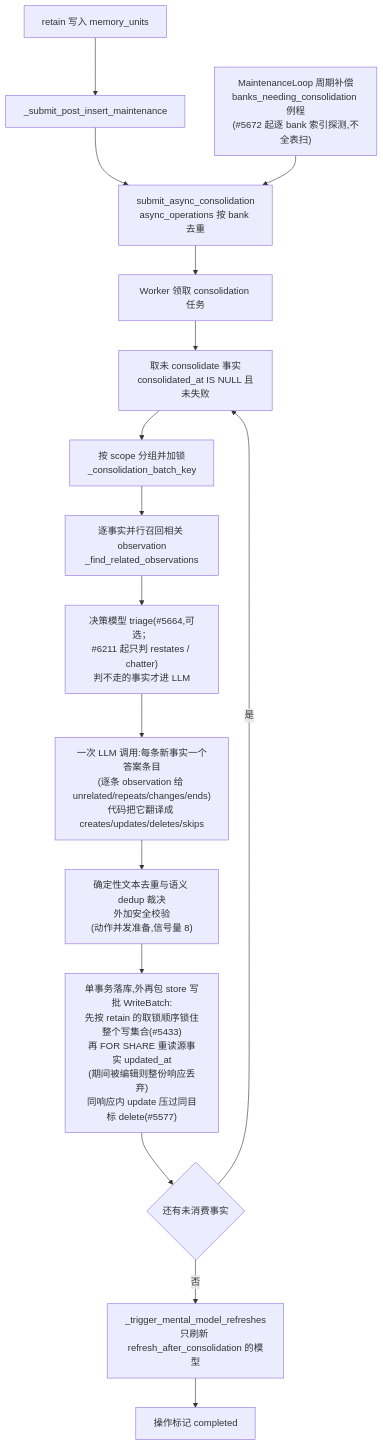
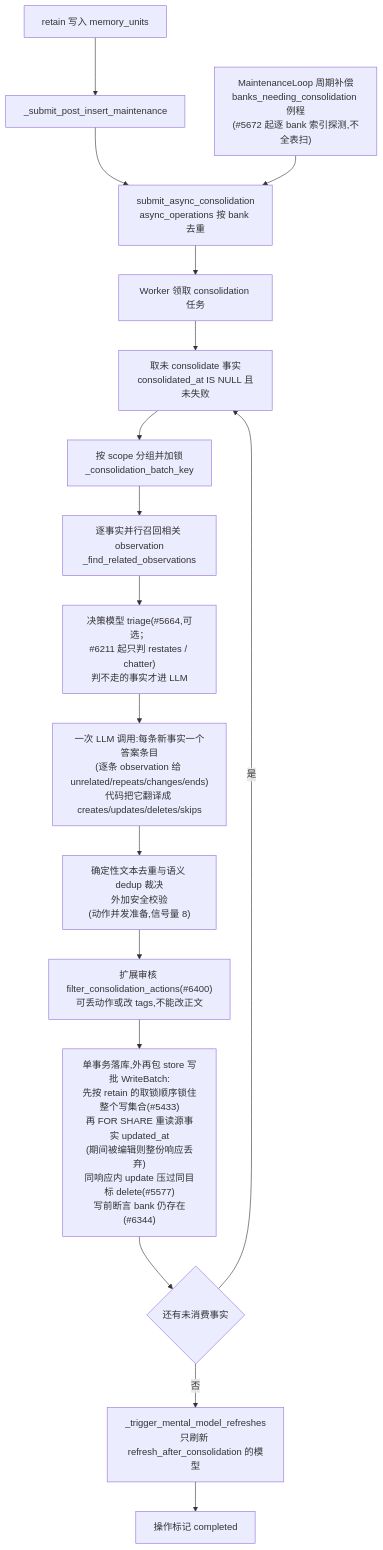
One commit to stefanv5/memory-platform-architecture changed the second of 3 diagrams in docs/hindsight/source-study/04-reflect-与-consolidation.md. Above: the diagram before and after it, drawn with Mermaid. The commit also changed other lines of this file and 10 other files, not shown here.

````diff
--- a/docs/hindsight/source-study/04-reflect-与-consolidation.md
+++ b/docs/hindsight/source-study/04-reflect-与-consolidation.md
@@ -341,18 +345,19 @@
 ```mermaid
 flowchart TD
     R["retain 写入 memory_units"] --> H["_submit_post_insert_maintenance"]
     H --> S["submit_async_consolidation<br/>async_operations 按 bank 去重"]
     M["MaintenanceLoop 周期补偿<br/>banks_needing_consolidation 例程<br/>(#5672 起逐 bank 索引探测,不全表扫)"] --> S
     S --> W["Worker 领取 consolidation 任务"]
     W --> F["取未 consolidate 事实<br/>consolidated_at IS NULL 且未失败"]
     F --> G["按 scope 分组并加锁<br/>_consolidation_batch_key"]
     G --> P["逐事实并行召回相关 observation<br/>_find_related_observations"]
     P --> TG["决策模型 triage(#5664,可选；<br/>#6211 起只判 restates / chatter)<br/>判不走的事实才进 LLM"]
     TG --> L["一次 LLM 调用:每条新事实一个答案条目<br/>(逐条 observation 给 unrelated/repeats/changes/ends)<br/>代码把它翻译成 creates/updates/deletes/skips"]
     L --> V["确定性文本去重与语义 dedup 裁决<br/>外加安全校验<br/>(动作并发准备,信号量 8)"]
-    V --> T["单事务落库,外再包 store 写批 WriteBatch:<br/>先按 retain 的取锁顺序锁住整个写集合(#5433)<br/>再 FOR SHARE 重读源事实 updated_at<br/>(期间被编辑则整份响应丢弃)<br/>同响应内 update 压过同目标 delete(#5577)"]
+    V --> RV["扩展审核 filter_consolidation_actions(#6400)<br/>可丢动作或改 tags,不能改正文"]
+    RV --> T["单事务落库,外再包 store 写批 WriteBatch:<br/>先按 retain 的取锁顺序锁住整个写集合(#5433)<br/>再 FOR SHARE 重读源事实 updated_at<br/>(期间被编辑则整份响应丢弃)<br/>同响应内 update 压过同目标 delete(#5577)<br/>写前断言 bank 仍存在(#6344)"]
     T --> Q{"还有未消费事实"}
     Q -->|"是"| F
     Q -->|"否"| MM["_trigger_mental_model_refreshes<br/>只刷新 refresh_after_consolidation 的模型"]
     MM --> Z["操作标记 completed"]
 ```
````
